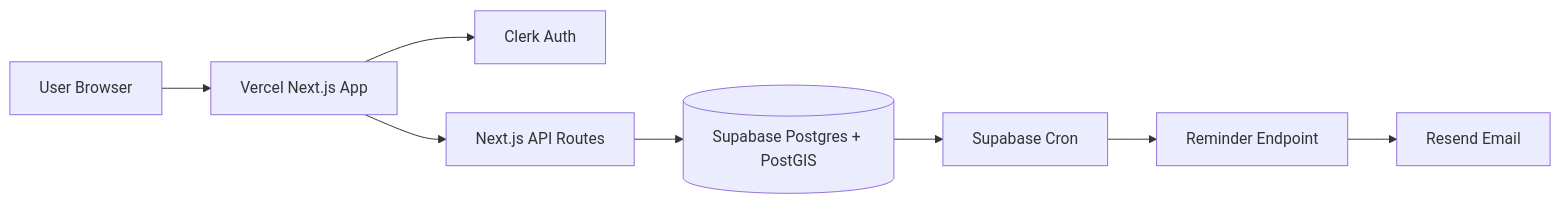
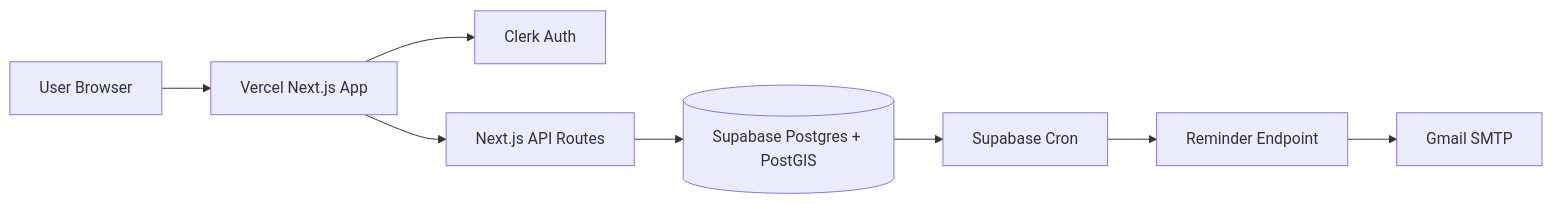
One commit to gautamramuvel/EventDrop changed the diagram in docs/architecture.md. Above: the diagram before and after it, drawn with Mermaid. The commit also changed other lines of this file and 1 other file, not shown here.

Commit message:
docs: align submission docs with current stack

````diff
--- a/docs/architecture.md
+++ b/docs/architecture.md
@@ -21,10 +21,10 @@
 ```mermaid
 flowchart LR
   User[User Browser] --> Web[Vercel Next.js App]
   Web --> Clerk[Clerk Auth]
   Web --> API[Next.js API Routes]
   API --> DB[(Supabase Postgres + PostGIS)]
   DB --> Cron[Supabase Cron]
   Cron --> Worker[Reminder Endpoint]
-  Worker --> Resend[Resend Email]
+  Worker --> Gmail[Gmail SMTP]
 ```
````
